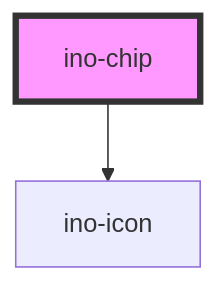
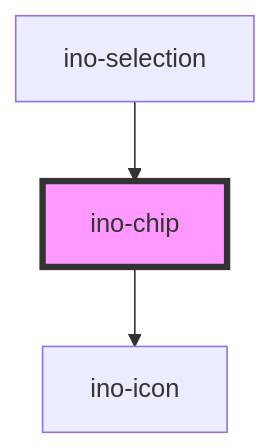
The diagram in packages/elements/src/components/ino-chip/readme.md (inovex/elements), drawn with Mermaid before and after one commit. The commit also changed other lines of this file and 21 other files, not shown here.

Commit message:
refactor(elements): add autocomplete & virtualScroll to ino-selection - virtualScroll not working

````diff
--- a/packages/elements/src/components/ino-chip/readme.md
+++ b/packages/elements/src/components/ino-chip/readme.md
@@ -151,5 +155,6 @@
 ```mermaid
 graph TD;
   ino-chip --> ino-icon
+  ino-selection --> ino-chip
   style ino-chip fill:#f9f,stroke:#333,stroke-width:4px
 ```
````
